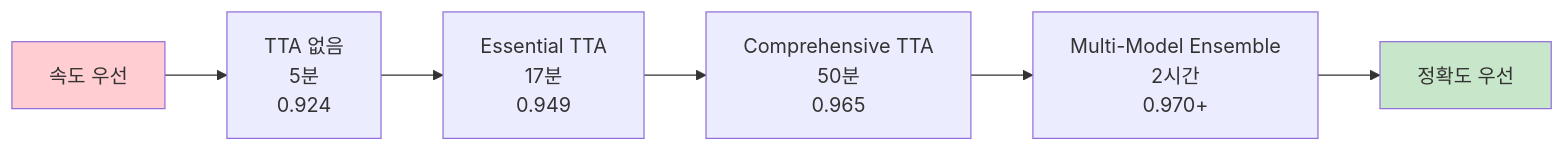
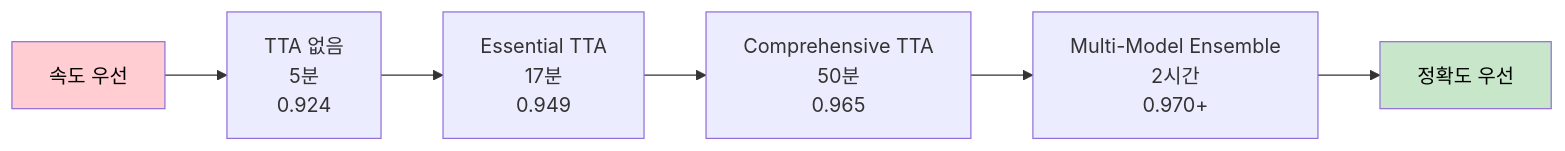
One commit to nimnusmik/CV_documents_classification_competition changed the third of 3 diagrams in docs/configs_폴더_설정 파일_생성/추론_설정_파일_생성_가이드.md. Above: the diagram before and after it, drawn with Mermaid. The commit also changed other lines of this file and 11 other files, not shown here.

Commit message:
docs: mermaid 글자 색상 명확한 검정색으로 수정

````diff
--- a/docs/configs_폴더_설정 파일_생성/추론_설정_파일_생성_가이드.md
+++ b/docs/configs_폴더_설정 파일_생성/추론_설정_파일_생성_가이드.md
@@ -397,11 +397,11 @@
 ```mermaid
 graph LR
     A[속도 우선] --> B[TTA 없음<br/>5분<br/>0.924]
     B --> C[Essential TTA<br/>17분<br/>0.949]  
     C --> D[Comprehensive TTA<br/>50분<br/>0.965]
     D --> E[Multi-Model Ensemble<br/>2시간<br/>0.970+]
     E --> F[정확도 우선]
     
-    style A fill:#ffcdd2
-    style F fill:#c8e6c9
+    style A fill:#ffcdd2, color:#000000
+    style F fill:#c8e6c9, color:#000000
 ```
````
